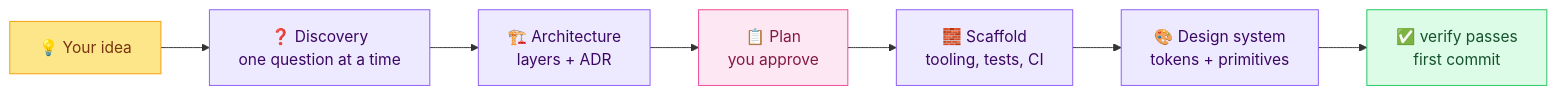
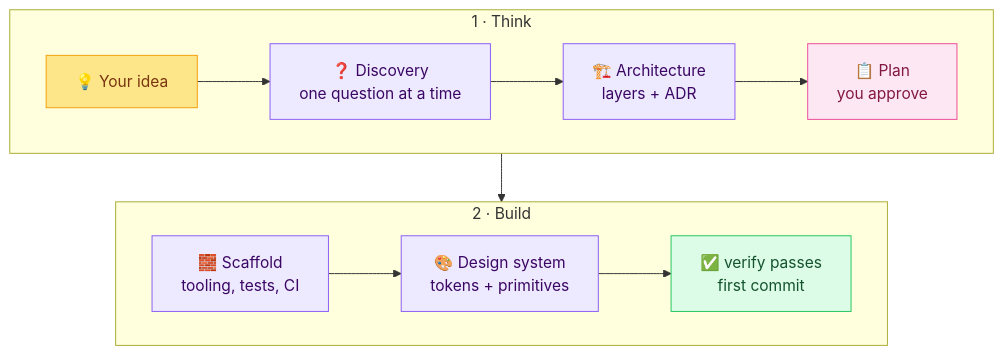
One commit to vikrampratapsinghraghav/project-forge changed the first of 2 diagrams in README.md. Above: the diagram before and after it, drawn with Mermaid.

Commit message:
docs: make the workflow diagram readable

````diff
--- a/README.md
+++ b/README.md
@@ -85,14 +85,17 @@
 ```mermaid
-flowchart LR
-    A["💡 Your idea"]:::idea --> B["❓ Discovery<br/>one question at a time"]:::step
-    B --> C["🏗️ Architecture<br/>layers + ADR"]:::step
-    C --> D["📋 Plan<br/>you approve"]:::gate
-    D --> E["🧱 Scaffold<br/>tooling, tests, CI"]:::step
-    E --> F["🎨 Design system<br/>tokens + primitives"]:::step
-    F --> G["✅ verify passes<br/>first commit"]:::done
+flowchart TB
+    subgraph S1 [" 1 · Think "]
+      direction LR
+      A["💡 Your idea"]:::idea --> B["❓ Discovery<br/>one question at a time"]:::step --> C["🏗️ Architecture<br/>layers + ADR"]:::step --> D["📋 Plan<br/>you approve"]:::gate
+    end
+    subgraph S2 [" 2 · Build "]
+      direction LR
+      E["🧱 Scaffold<br/>tooling, tests, CI"]:::step --> F["🎨 Design system<br/>tokens + primitives"]:::step --> G["✅ verify passes<br/>first commit"]:::done
+    end
+    S1 --> S2
 
     classDef idea fill:#fde68a,stroke:#f59e0b,color:#78350f
     classDef step fill:#ede9fe,stroke:#8b5cf6,color:#3b0764
     classDef gate fill:#fce7f3,stroke:#ec4899,color:#831843
     classDef done fill:#dcfce7,stroke:#22c55e,color:#14532d
 ```
````
